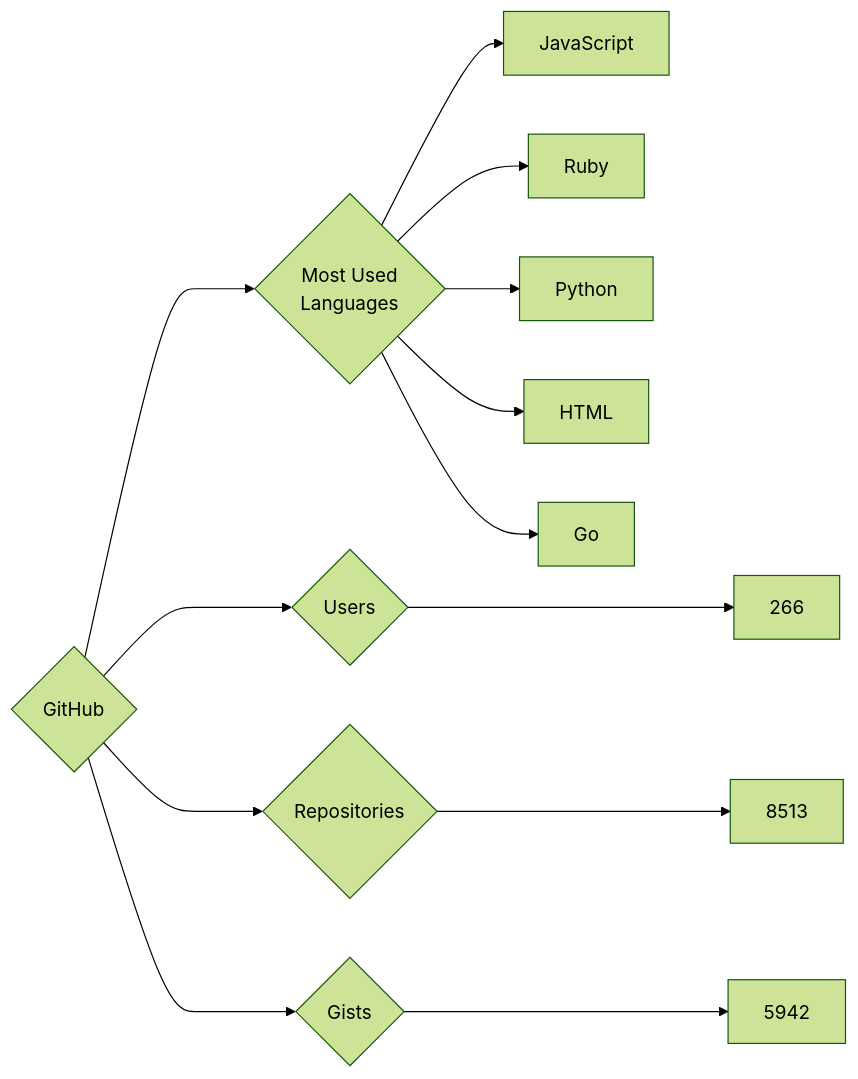
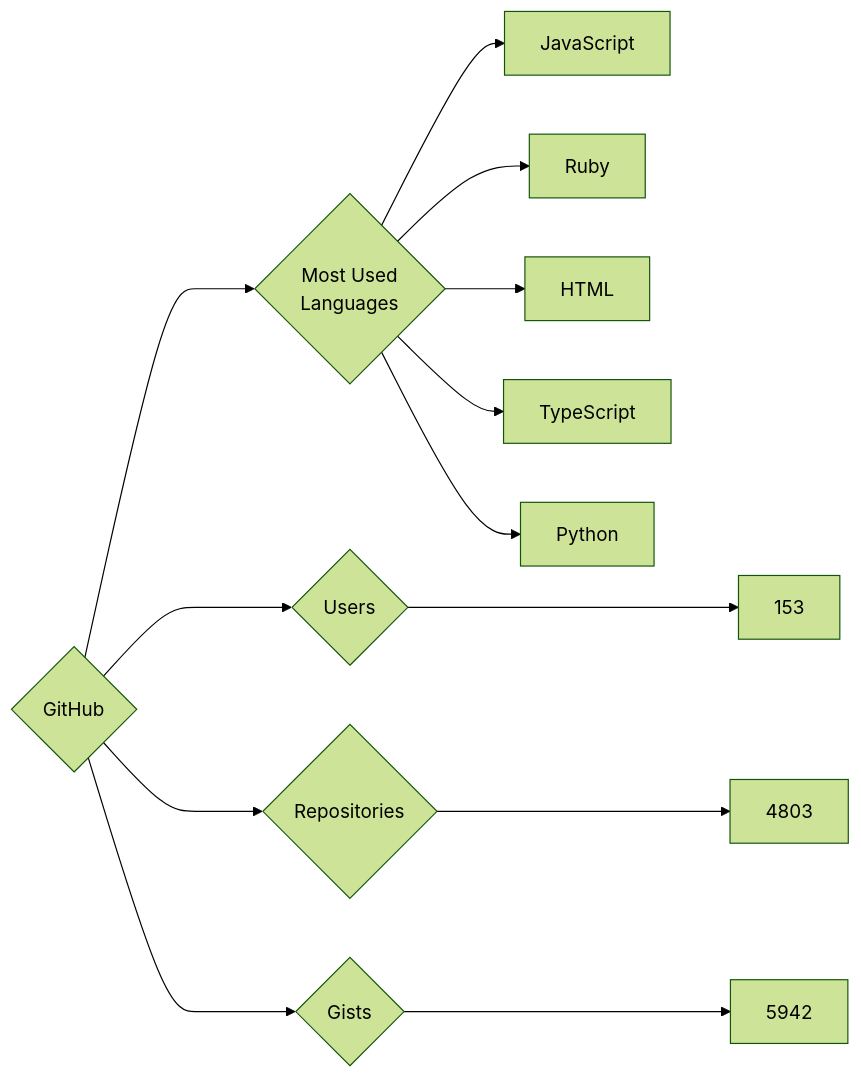
The diagram in targets/GitHub/README.md (trickest/insiders), drawn with Mermaid (forest theme) before and after one commit. The commit also changed 899 other files, not shown here.

````diff
--- a/targets/GitHub/README.md
+++ b/targets/GitHub/README.md
@@ -3,13 +3,13 @@
 ```mermaid
 graph LR
 COMPANY_NAME{GitHub}
-COMPANY_NAME ---> U{Users} ---> UN[266]
-COMPANY_NAME ---> R{Repositories} ---> RN[8513]
+COMPANY_NAME ---> U{Users} ---> UN[153]
+COMPANY_NAME ---> R{Repositories} ---> RN[4803]
 COMPANY_NAME ---> G{Gists} ---> GN[5942]
 COMPANY_NAME ---> ML{Most Used<br>Languages}
 ML --> JavaScript[JavaScript]
 ML --> Ruby[Ruby]
+ML --> HTML[HTML]
+ML --> TypeScript[TypeScript]
 ML --> Python[Python]
-ML --> HTML[HTML]
-ML --> Go[Go]
 ```
````
